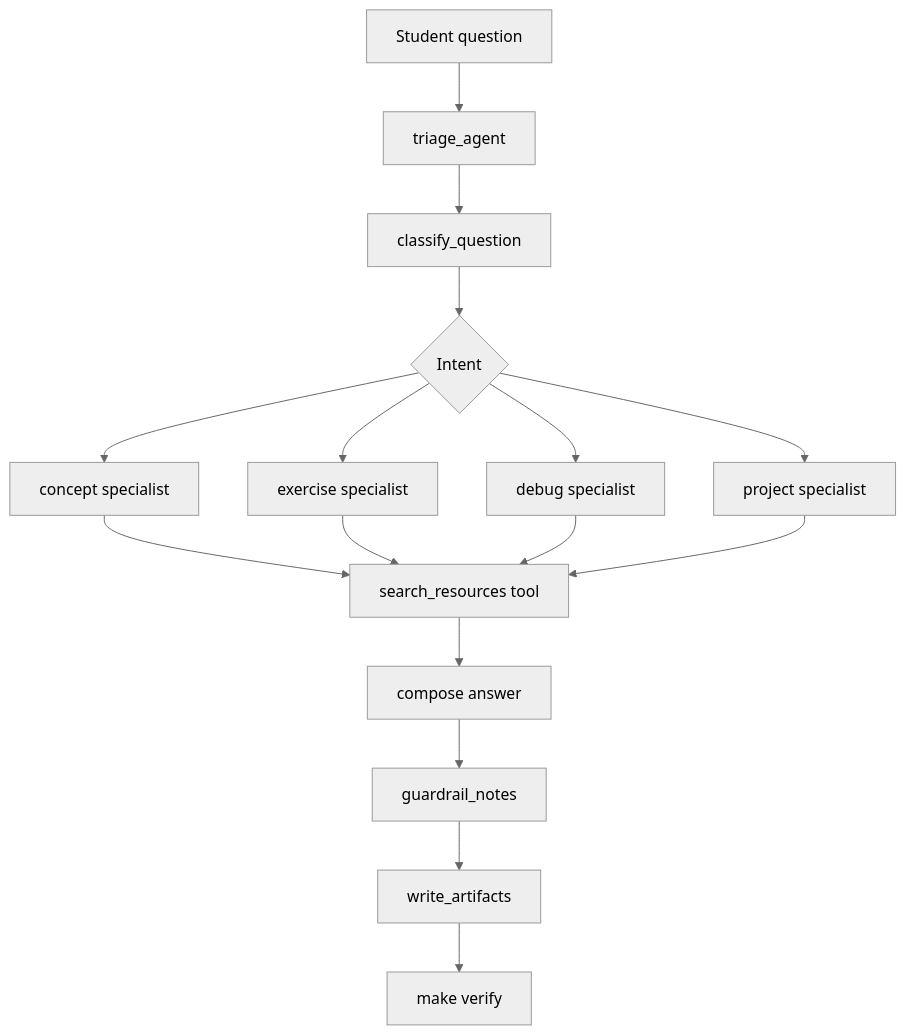
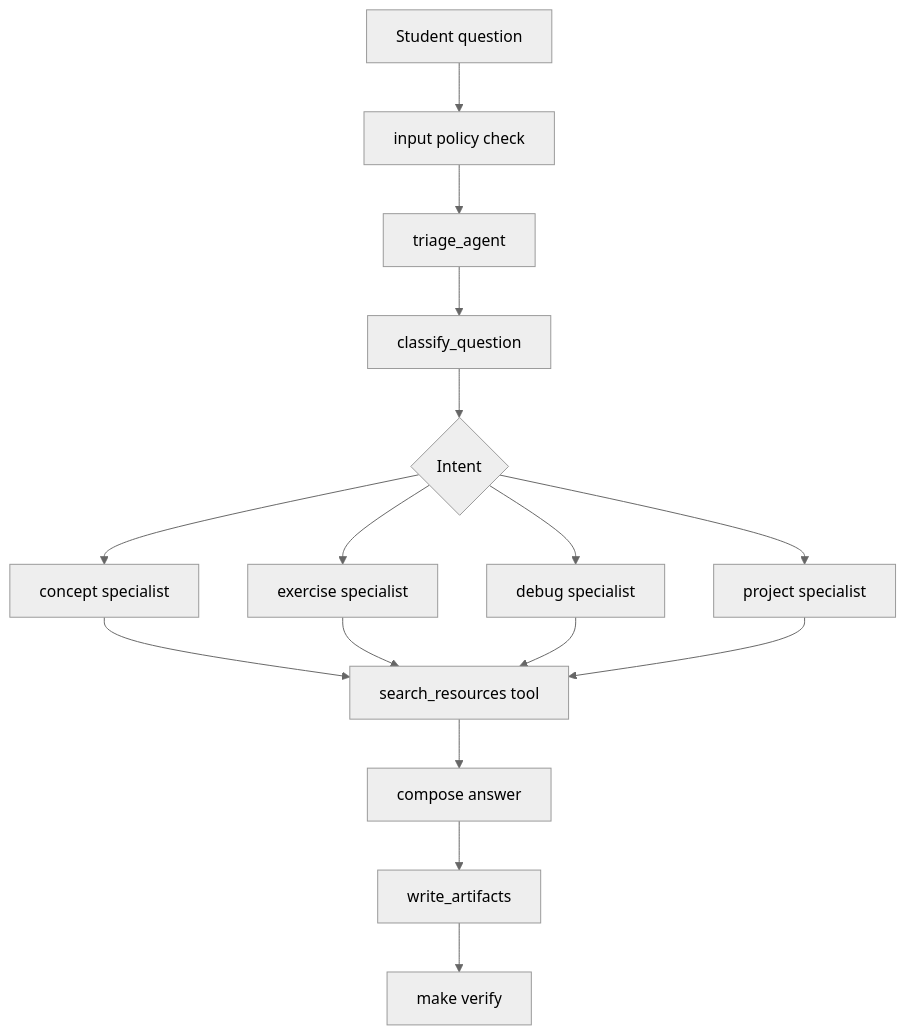
The first of 2 diagrams in projects/agentic-course-assistant-showcase/README.md (conqueror/mcgill-showcases), drawn with Mermaid (neutral theme) before and after one commit. The commit also changed other lines of this file and 15 other files, not shown here.

````diff
--- a/projects/agentic-course-assistant-showcase/README.md
+++ b/projects/agentic-course-assistant-showcase/README.md
@@ -103,18 +104,18 @@
 ```mermaid
 flowchart TD
-    Q["Student question"] --> T["triage_agent"]
+    Q["Student question"] --> G["input policy check"]
+    G --> T["triage_agent"]
     T --> C["classify_question"]
     C --> I{"Intent"}
     I --> Concept["concept specialist"]
     I --> Exercise["exercise specialist"]
     I --> Debug["debug specialist"]
     I --> Project["project specialist"]
     Concept --> R["search_resources tool"]
     Exercise --> R
     Debug --> R
     Project --> R
     R --> A["compose answer"]
-    A --> G["guardrail_notes"]
-    G --> W["write_artifacts"]
+    A --> W["write_artifacts"]
     W --> V["make verify"]
 ```
````
